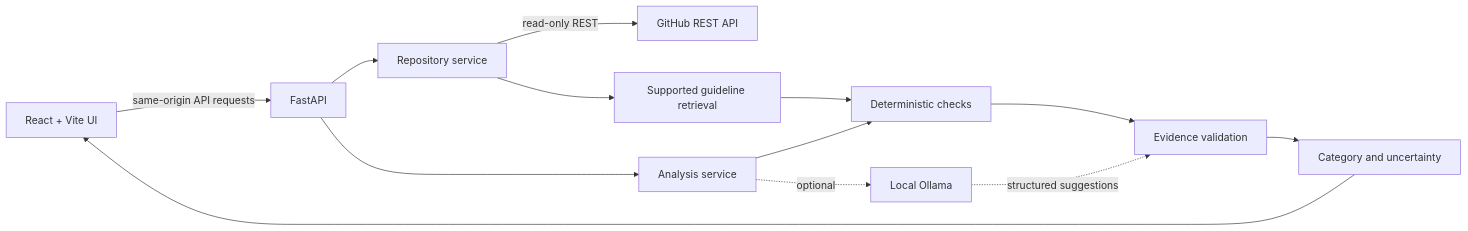
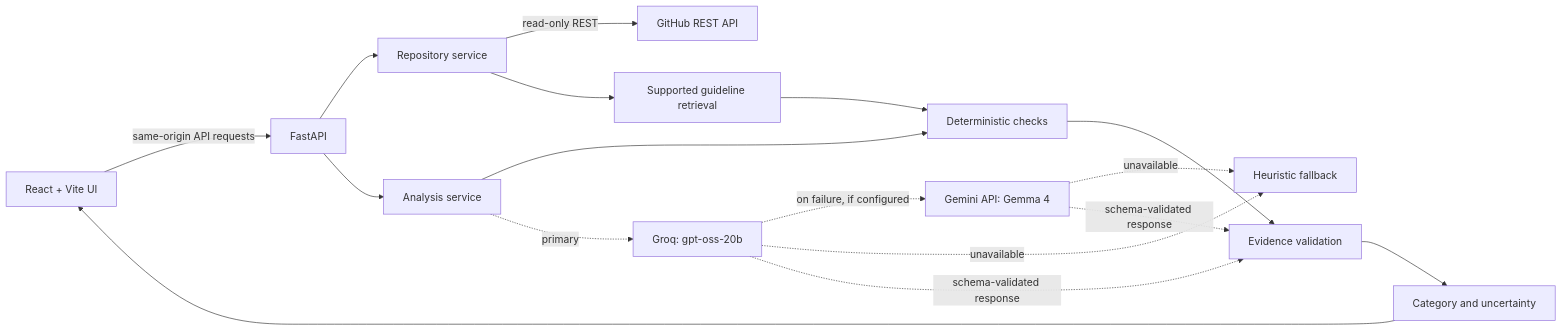
The first of 2 diagrams in README.md (vishwaskr1/PRism--AI-Powered-Pull-Request-Triage-for-Open-Source-Projects), drawn with Mermaid before and after one commit. The commit also changed other lines of this file and 36 other files, not shown here.

```diff
--- a/README.md
+++ b/README.md
@@ -111,15 +113,19 @@
 ~~~mermaid
 flowchart LR
     UI["React + Vite UI"] -->|same-origin API requests| API["FastAPI"]
     API --> REPO["Repository service"]
     REPO -->|read-only REST| GH["GitHub REST API"]
     REPO --> GUIDE["Supported guideline retrieval"]
     API --> ANALYSIS["Analysis service"]
     GUIDE --> RULES["Deterministic checks"]
     ANALYSIS --> RULES
-    ANALYSIS -. optional .-> OLLAMA["Local Ollama"]
+    ANALYSIS -. primary .-> GROQ["Groq: gpt-oss-20b"]
+    GROQ -. on failure, if configured .-> GEMINI["Gemini API: Gemma 4"]
+    GROQ -. unavailable .-> HEURISTIC["Heuristic fallback"]
+    GEMINI -. unavailable .-> HEURISTIC
     RULES --> VALIDATE["Evidence validation"]
-    OLLAMA -. structured suggestions .-> VALIDATE
+    GROQ -. schema-validated response .-> VALIDATE
+    GEMINI -. schema-validated response .-> VALIDATE
     VALIDATE --> TRIAGE["Category and uncertainty"]
     TRIAGE --> UI
 ~~~
```
